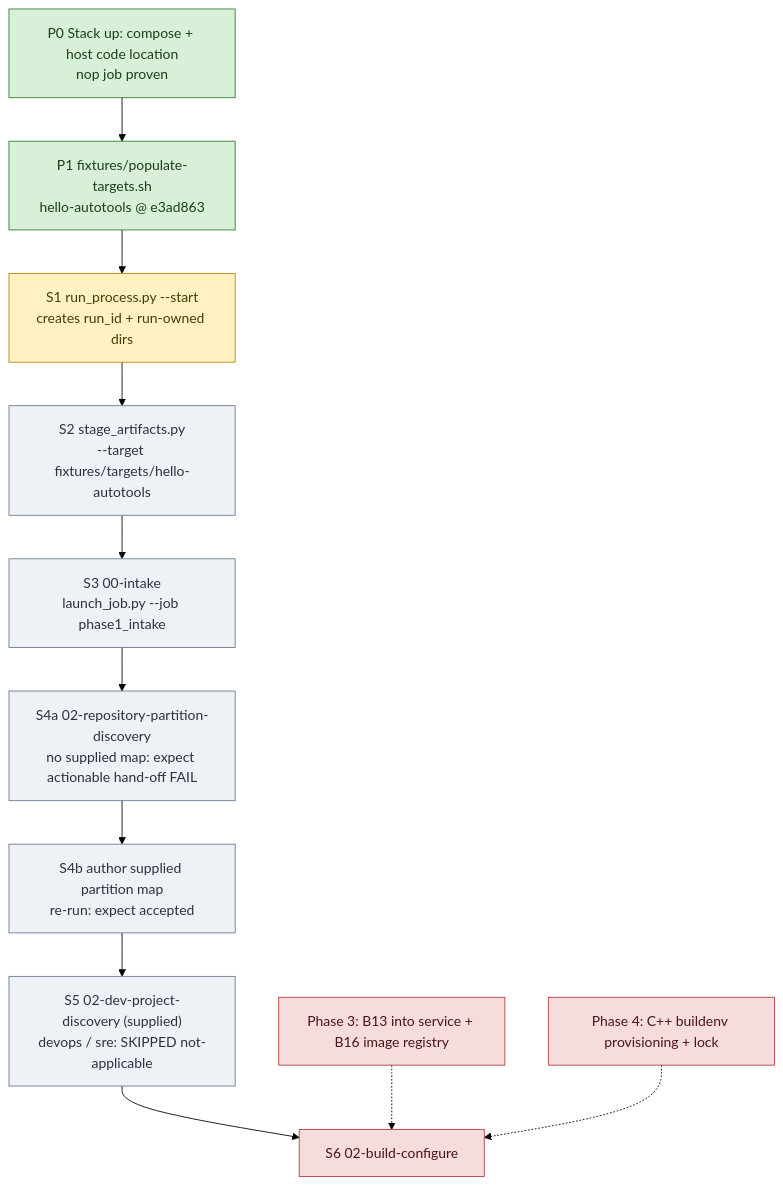
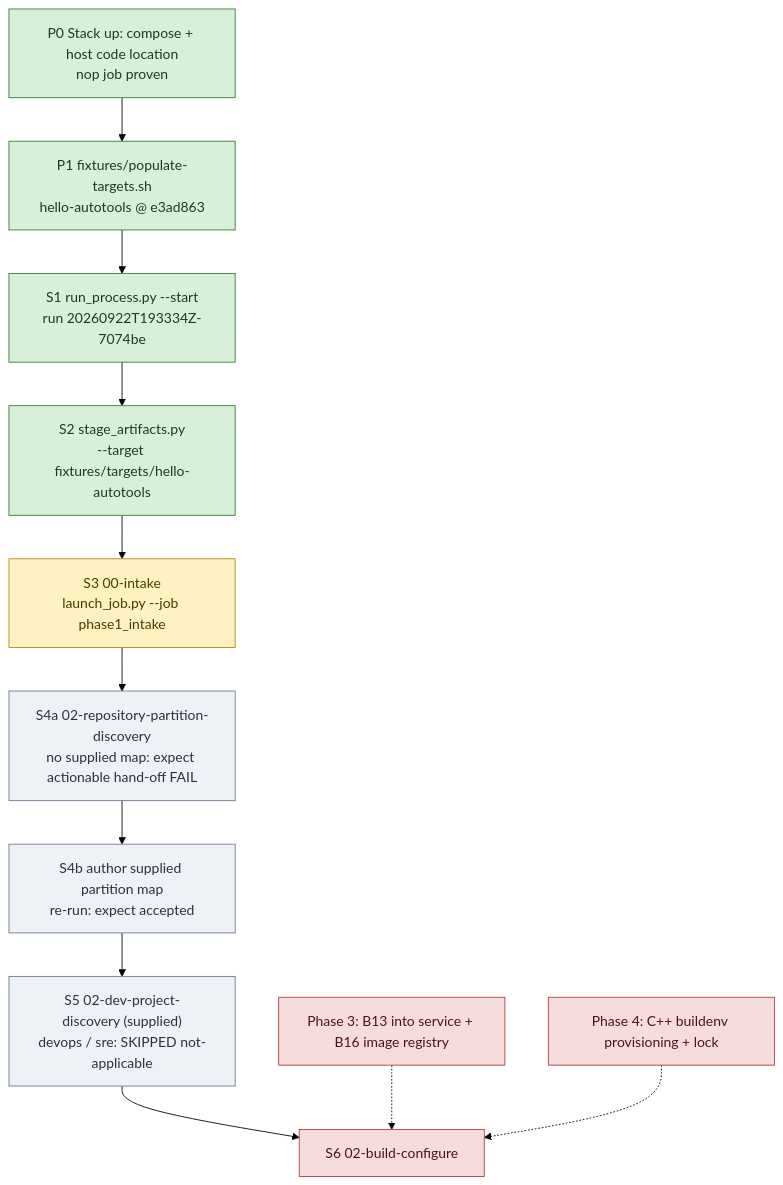
One commit to wsollers/appsec-review changed the diagram in docs/processes/flow-bringup.md. Above: the diagram before and after it, drawn with Mermaid (forest theme). The commit also changed other lines of this file and 1 other file, not shown here.

First line of the commit message:
Flow bring-up: S1/S2 done on the host (run 20260922T193334Z-7074be); S3 next

````diff
--- a/docs/processes/flow-bringup.md
+++ b/docs/processes/flow-bringup.md
@@ -12,23 +12,23 @@
 ```mermaid
 flowchart TD
   P0["P0 Stack up: compose + host code location<br/>nop job proven"]:::done
   P1["P1 fixtures/populate-targets.sh<br/>hello-autotools @ e3ad863"]:::done
-  S1["S1 run_process.py --start<br/>creates run_id + run-owned dirs"]:::next
-  S2["S2 stage_artifacts.py<br/>--target fixtures/targets/hello-autotools"]:::todo
-  S3["S3 00-intake<br/>launch_job.py --job phase1_intake"]:::todo
+  S1["S1 run_process.py --start<br/>run 20260922T193334Z-7074be"]:::done
+  S2["S2 stage_artifacts.py<br/>--target fixtures/targets/hello-autotools"]:::done
+  S3["S3 00-intake<br/>launch_job.py --job phase1_intake"]:::next
   S4a["S4a 02-repository-partition-discovery<br/>no supplied map: expect actionable hand-off FAIL"]:::todo
   S4b["S4b author supplied partition map<br/>re-run: expect accepted"]:::todo
   S5["S5 02-dev-project-discovery (supplied)<br/>devops / sre: SKIPPED not-applicable"]:::todo
   S6["S6 02-build-configure"]:::blocked
   B13["Phase 3: B13 into service + B16 image registry"]:::blocked
   BE["Phase 4: C++ buildenv provisioning + lock"]:::blocked
 
   P0 --> P1 --> S1 --> S2 --> S3 --> S4a --> S4b --> S5 --> S6
   B13 -.-> S6
   BE -.-> S6
 
   classDef done fill:#d8f0d8,stroke:#2e7d32,color:#1b3d1b
   classDef next fill:#fff1c2,stroke:#b8860b,color:#4a3a00
   classDef todo fill:#eef1f5,stroke:#6b7a90,color:#2a3240
   classDef blocked fill:#f6dcdc,stroke:#b23b3b,color:#4a1515
 ```
````
